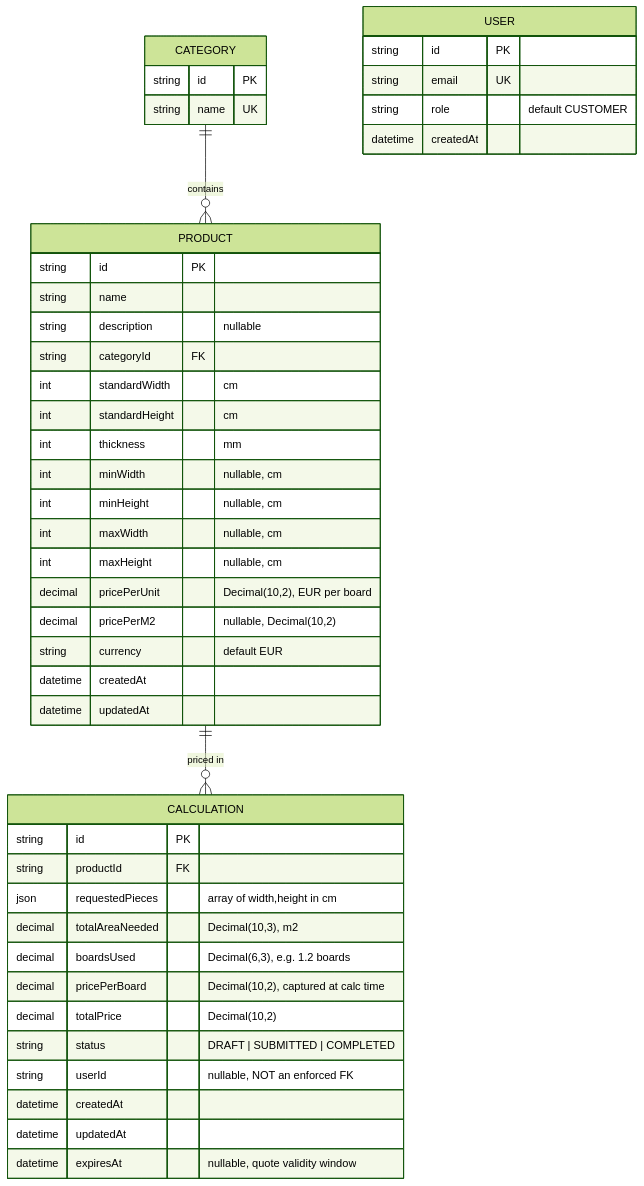
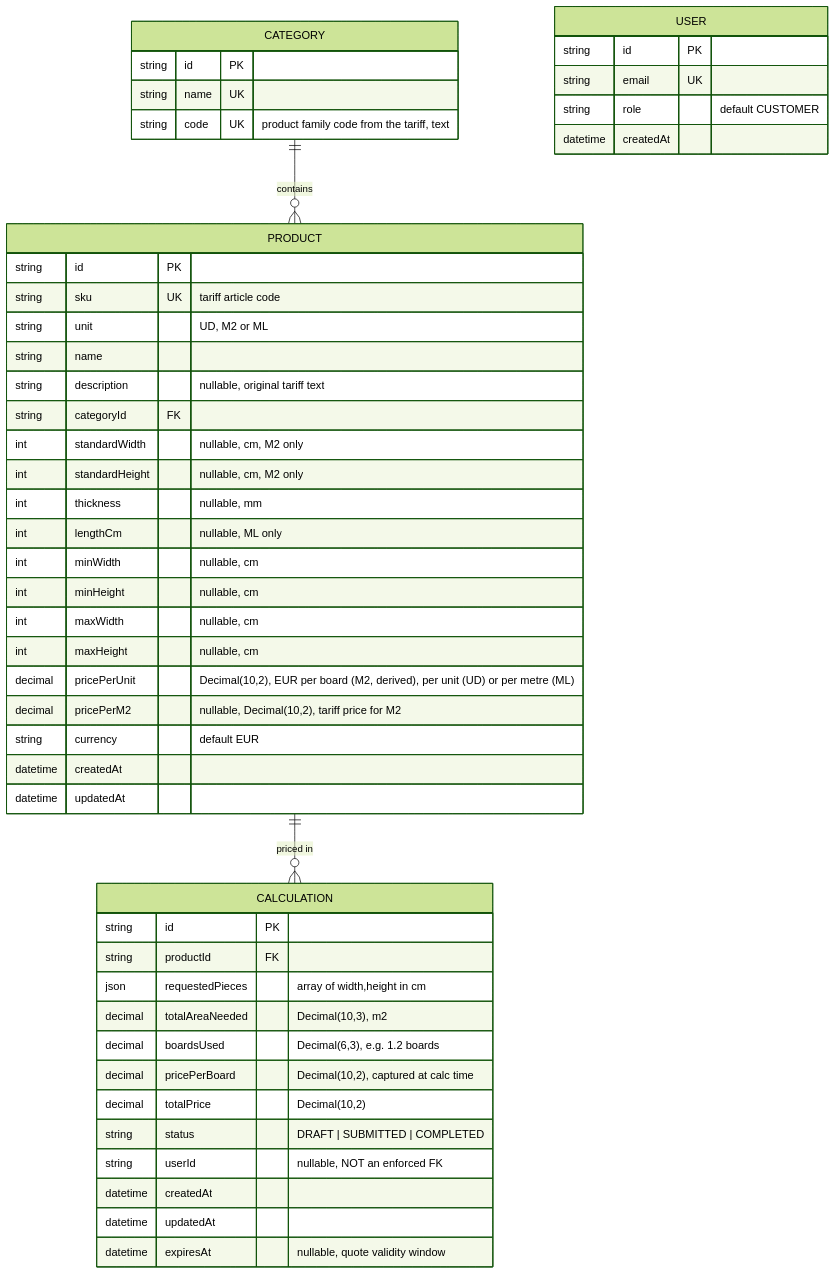
One commit to borja8dev/agloval-custom-cutter changed the diagram in docs/ERD.md. Above: the diagram before and after it, drawn with Mermaid (forest theme). The commit also changed other lines of this file and 1 other file, not shown here.

Commit message:
docs(migration): document the real catalog import from the tariff CSV
Describe the CSV to schema mapping, the dry-run, backup and apply
procedure, and update the ERD with family codes, SKU, unit and the
nullable board dimensions. Mark the ETL skeleton as reference only.

````diff
--- a/docs/ERD.md
+++ b/docs/ERD.md
@@ -5,51 +5,55 @@
 ```mermaid
 erDiagram
     CATEGORY ||--o{ PRODUCT : contains
     PRODUCT ||--o{ CALCULATION : "priced in"
 
     CATEGORY {
         string id PK
         string name UK
+        string code UK "product family code from the tariff, text"
     }
 
     PRODUCT {
         string id PK
+        string sku UK "tariff article code"
+        string unit "UD, M2 or ML"
         string name
-        string description "nullable"
+        string description "nullable, original tariff text"
         string categoryId FK
-        int standardWidth "cm"
-        int standardHeight "cm"
-        int thickness "mm"
+        int standardWidth "nullable, cm, M2 only"
+        int standardHeight "nullable, cm, M2 only"
+        int thickness "nullable, mm"
+        int lengthCm "nullable, ML only"
         int minWidth "nullable, cm"
         int minHeight "nullable, cm"
         int maxWidth "nullable, cm"
         int maxHeight "nullable, cm"
-        decimal pricePerUnit "Decimal(10,2), EUR per board"
-        decimal pricePerM2 "nullable, Decimal(10,2)"
+        decimal pricePerUnit "Decimal(10,2), EUR per board (M2, derived), per unit (UD) or per metre (ML)"
+        decimal pricePerM2 "nullable, Decimal(10,2), tariff price for M2"
         string currency "default EUR"
         datetime createdAt
         datetime updatedAt
     }
 
     CALCULATION {
         string id PK
         string productId FK
         json requestedPieces "array of width,height in cm"
         decimal totalAreaNeeded "Decimal(10,3), m2"
         decimal boardsUsed "Decimal(6,3), e.g. 1.2 boards"
         decimal pricePerBoard "Decimal(10,2), captured at calc time"
         decimal totalPrice "Decimal(10,2)"
         string status "DRAFT | SUBMITTED | COMPLETED"
         string userId "nullable, NOT an enforced FK"
         datetime createdAt
         datetime updatedAt
         datetime expiresAt "nullable, quote validity window"
     }
 
     USER {
         string id PK
         string email UK
         string role "default CUSTOMER"
         datetime createdAt
     }
 ```
````
